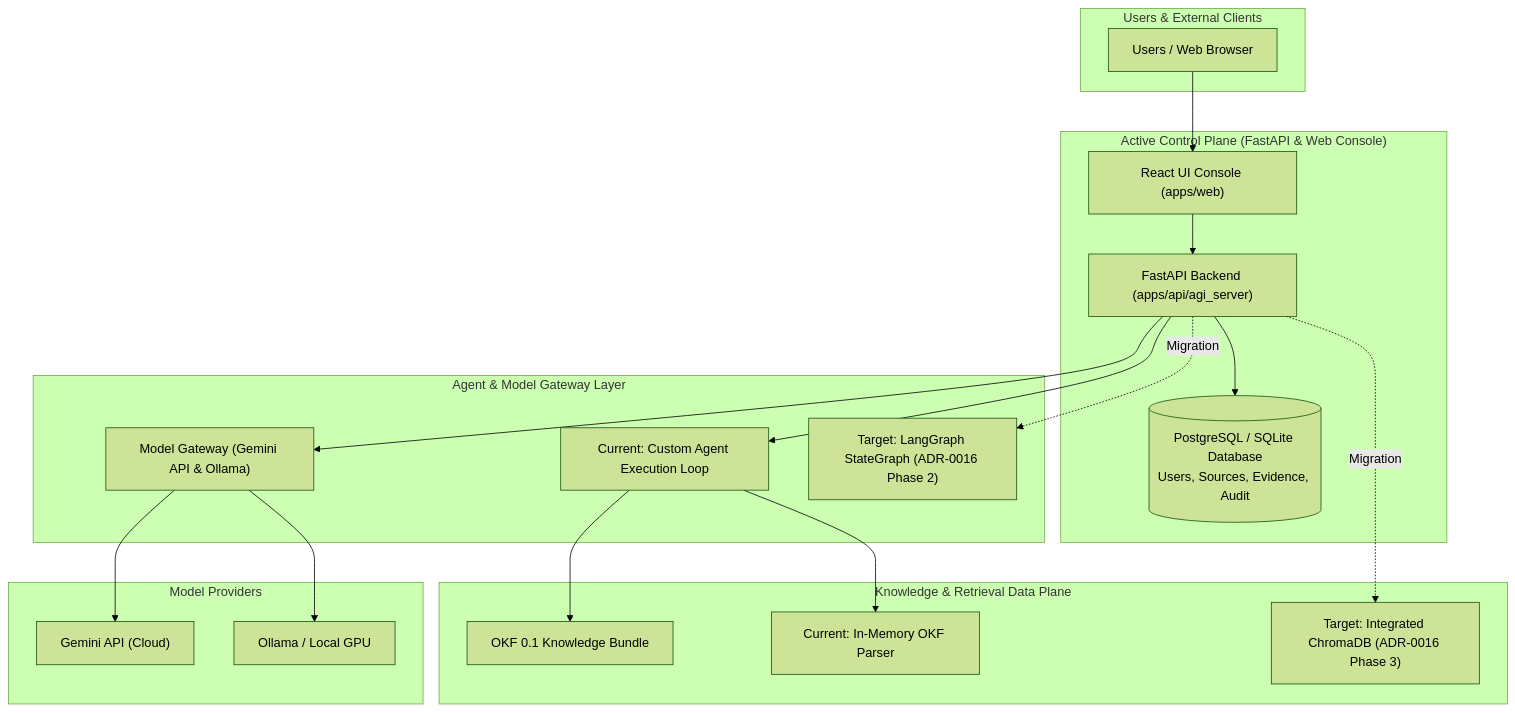
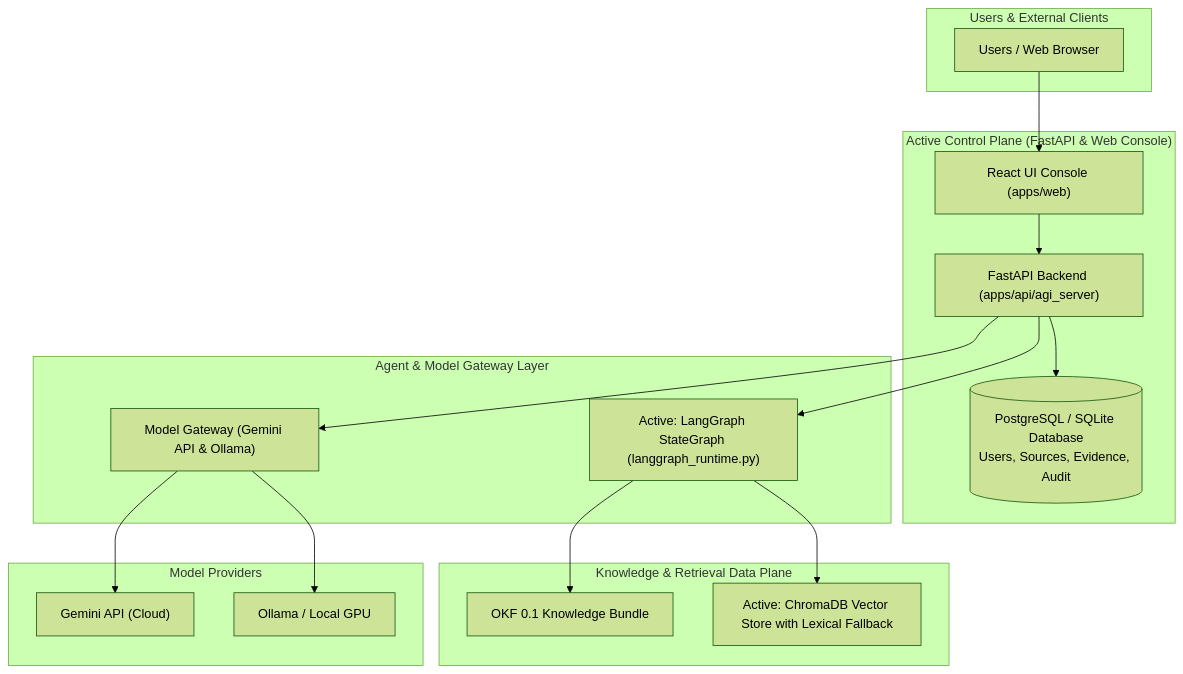
One commit to beratolmez/agenstfer-agi changed the first of 2 diagrams in docs/SYSTEM_ARCHITECTURE.md. Above: the diagram before and after it, drawn with Mermaid (forest theme). The commit also changed other lines of this file and 7 other files, not shown here.

````diff
--- a/docs/SYSTEM_ARCHITECTURE.md
+++ b/docs/SYSTEM_ARCHITECTURE.md
@@ -35,41 +26,37 @@
 ```mermaid
 flowchart TB
     subgraph Users["Users & External Clients"]
         U[Users / Web Browser]
     end
 
     subgraph ControlPlane["Active Control Plane (FastAPI & Web Console)"]
         FE["React UI Console (apps/web)"]
         BE["FastAPI Backend (apps/api/agi_server)"]
         DB[(PostgreSQL / SQLite Database\nUsers, Sources, Evidence, Audit)]
     end
 
     subgraph Execution["Agent & Model Gateway Layer"]
         MGW["Model Gateway (Gemini API & Ollama)"]
-        CRUN["Current: Custom Agent Execution Loop"]
-        TGRAPH["Target: LangGraph StateGraph (ADR-0016 Phase 2)"]
+        LGRAPH["Active: LangGraph StateGraph (langgraph_runtime.py)"]
     end
 
     subgraph DataPlane["Knowledge & Retrieval Data Plane"]
         OKF["OKF 0.1 Knowledge Bundle"]
-        INMEM["Current: In-Memory OKF Parser"]
-        CHROMA["Target: Integrated ChromaDB (ADR-0016 Phase 3)"]
+        CHROMA["Active: ChromaDB Vector Store with Lexical Fallback"]
     end
 
     subgraph External["Model Providers"]
         GEMINI["Gemini API (Cloud)"]
         GPU["Ollama / Local GPU"]
     end
 
     U --> FE
     FE --> BE
     BE --> DB
     BE --> MGW
-    BE --> CRUN
-    BE -. Migration .-> TGRAPH
-    CRUN --> OKF
-    CRUN --> INMEM
-    BE -. Migration .-> CHROMA
+    BE --> LGRAPH
+    LGRAPH --> OKF
+    LGRAPH --> CHROMA
     MGW --> GEMINI
     MGW --> GPU
 ```
````
